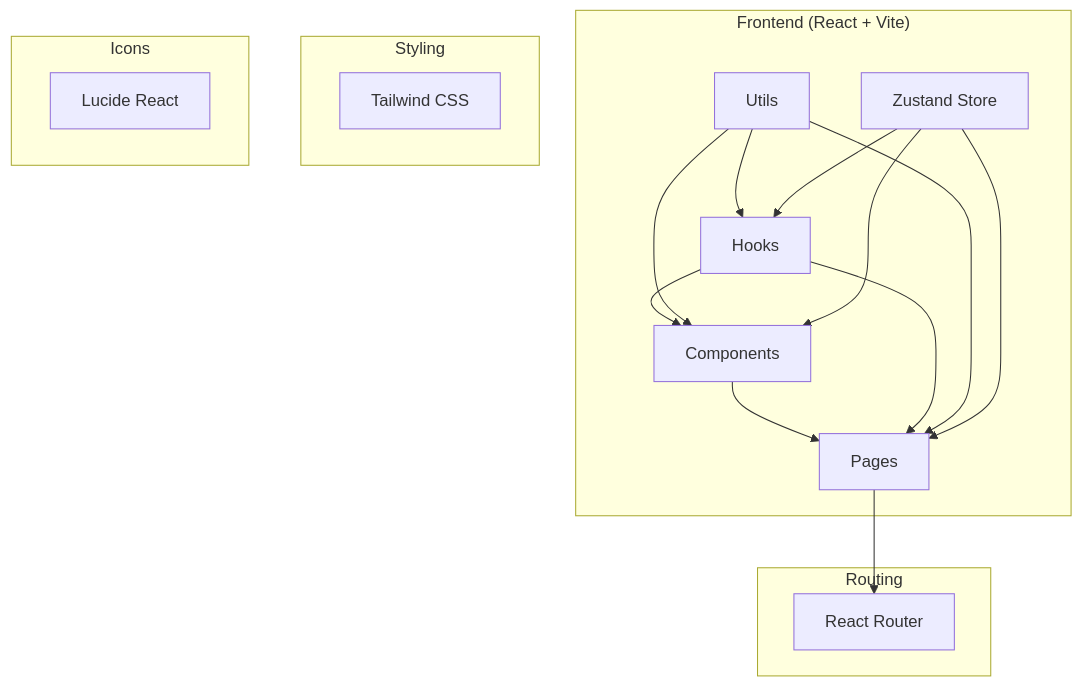
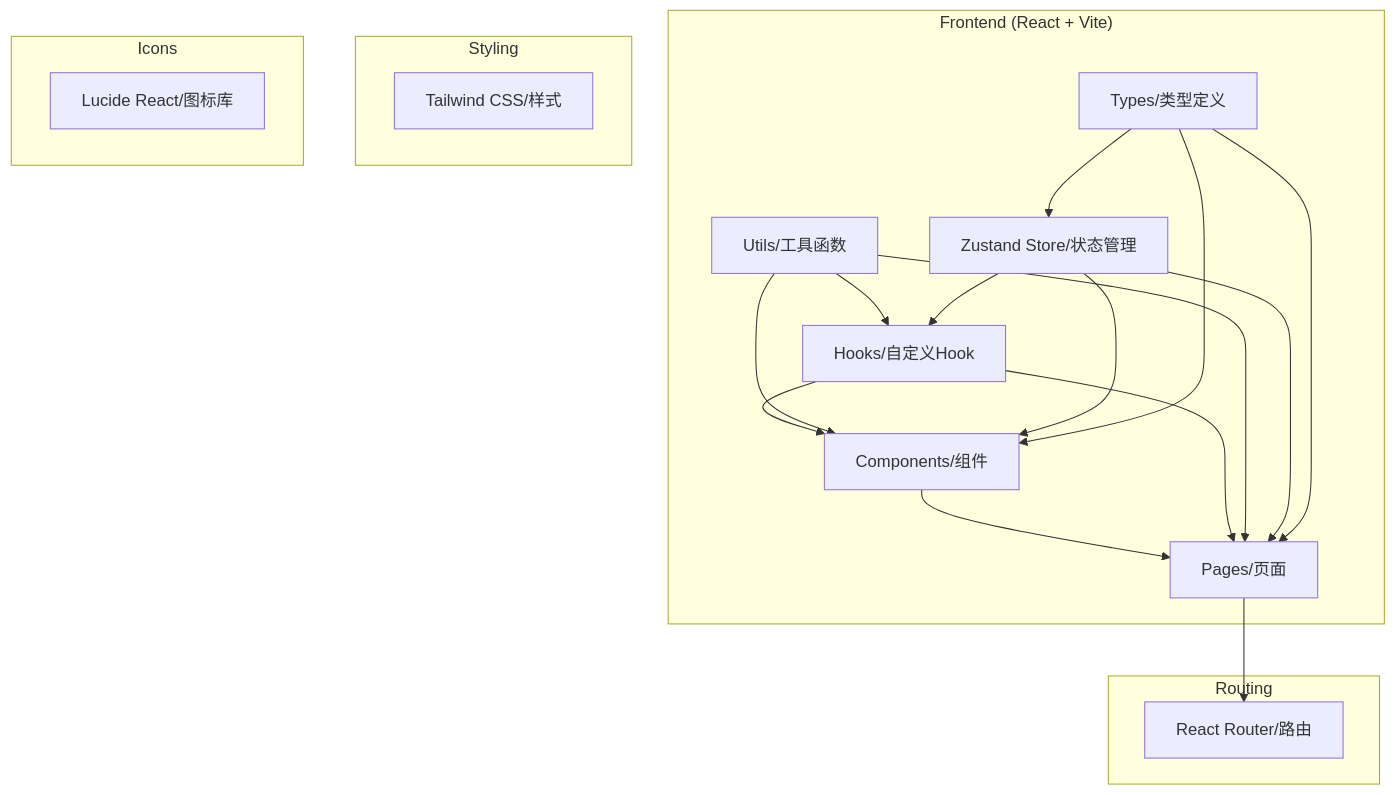
The first of 2 diagrams in .trae/documents/arch.md (xmubaga/zhyz), drawn with Mermaid before and after one commit. The commit also changed other lines of this file and 1 other file, not shown here.

````diff
--- a/.trae/documents/arch.md
+++ b/.trae/documents/arch.md
@@ -3,33 +7,37 @@
 ```mermaid
 graph TB
     subgraph "Frontend (React + Vite)"
-        A[Pages]
-        B[Components]
-        C[Hooks]
-        D[Utils]
-        E[Zustand Store]
+        A[Pages/页面]
+        B[Components/组件]
+        C[Hooks/自定义Hook]
+        D[Utils/工具函数]
+        E[Zustand Store/状态管理]
+        F[Types/类型定义]
     end
     
     subgraph "Routing"
-        F[React Router]
+        G[React Router/路由]
     end
     
     subgraph "Styling"
-        G[Tailwind CSS]
+        H[Tailwind CSS/样式]
     end
     
     subgraph "Icons"
-        H[Lucide React]
+        I[Lucide React/图标库]
     end
     
-    A --> F
+    A --> G
     B --> A
     C --> A
     C --> B
     D --> A
     D --> B
     D --> C
     E --> A
     E --> B
     E --> C
+    F --> A
+    F --> B
+    F --> E
 ```
````
